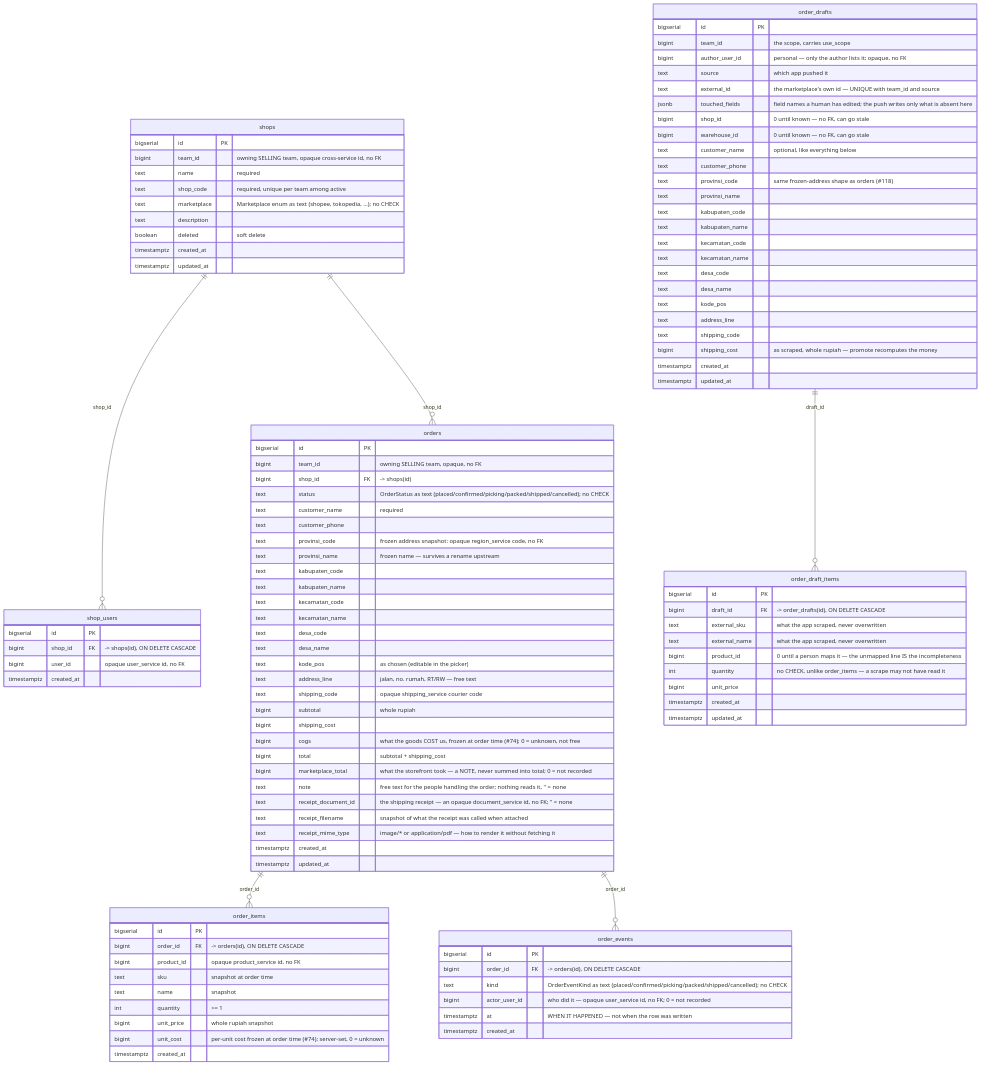
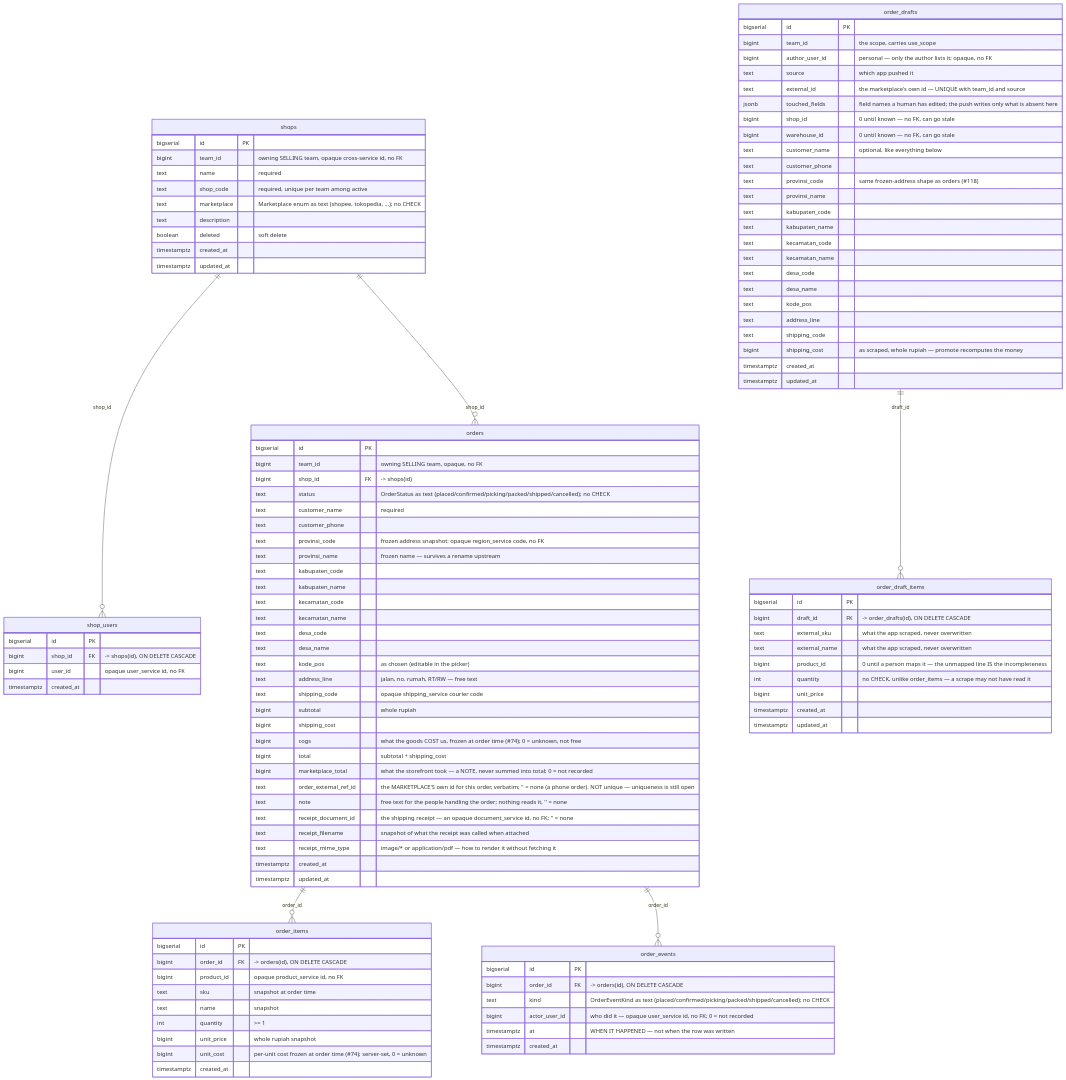
The fifth of 13 diagrams in docs/database-schema.md (pdcgo/warehouse_revamp), drawn with Mermaid before and after one commit. The commit also changed other lines of this file and 133 other files, not shown here.

```diff
--- a/docs/database-schema.md
+++ b/docs/database-schema.md
@@ -251,6 +271,7 @@
         bigint      cogs               "what the goods COST us, frozen at order time (#74); 0 = unknown, not free"
         bigint      total              "subtotal + shipping_cost"
         bigint      marketplace_total  "what the storefront took — a NOTE, never summed into total; 0 = not recorded"
+        text        order_external_ref_id "the MARKETPLACE'S own id for this order, verbatim; '' = none (a phone order). NOT unique — uniqueness is still open"
         text        note                "free text for the people handling the order; nothing reads it, '' = none"
         text        receipt_document_id "the shipping receipt — an opaque document_service id, no FK; '' = none"
         text        receipt_filename    "snapshot of what the receipt was called when attached"
```
